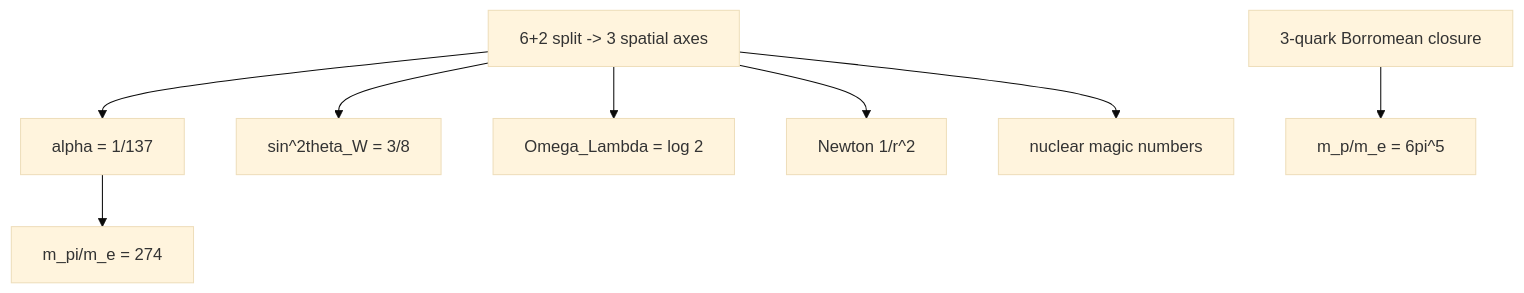
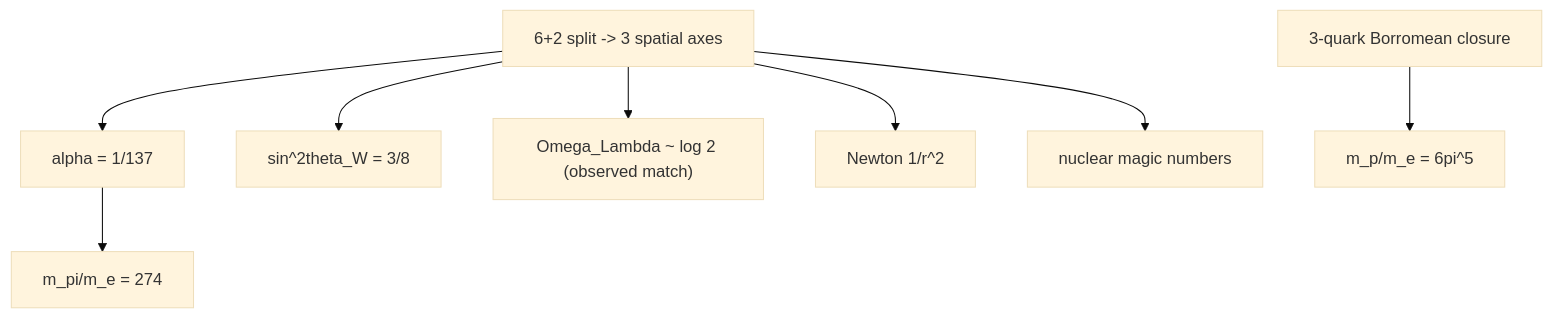
The third of 13 diagrams in tools/flowchart_source.md (rchain-community/quantum-logical-framework), drawn with Mermaid (base theme) before and after one commit. The commit also changed other lines of this file and 6 other files, not shown here.

First line of the commit message:
Conservative sweep of the Omega_Lambda = log 2 headline: an observed match, not derived

````diff
--- a/tools/flowchart_source.md
+++ b/tools/flowchart_source.md
@@ -113,11 +113,11 @@
 ```mermaid
 flowchart TD
   SP["6+2 split -> 3 spatial axes"]
   SP --> AL["alpha = 1/137"]
   SP --> WK["sin^2theta_W = 3/8"]
-  SP --> OL["Omega_Lambda = log 2"]
+  SP --> OL["Omega_Lambda ~ log 2 (observed match)"]
   SP --> NW["Newton 1/r^2"]
   SP --> MG["nuclear magic numbers"]
   S2["3-quark Borromean closure"] --> MP["m_p/m_e = 6pi^5"]
   AL --> MPI["m_pi/m_e = 274"]
 ```
````
